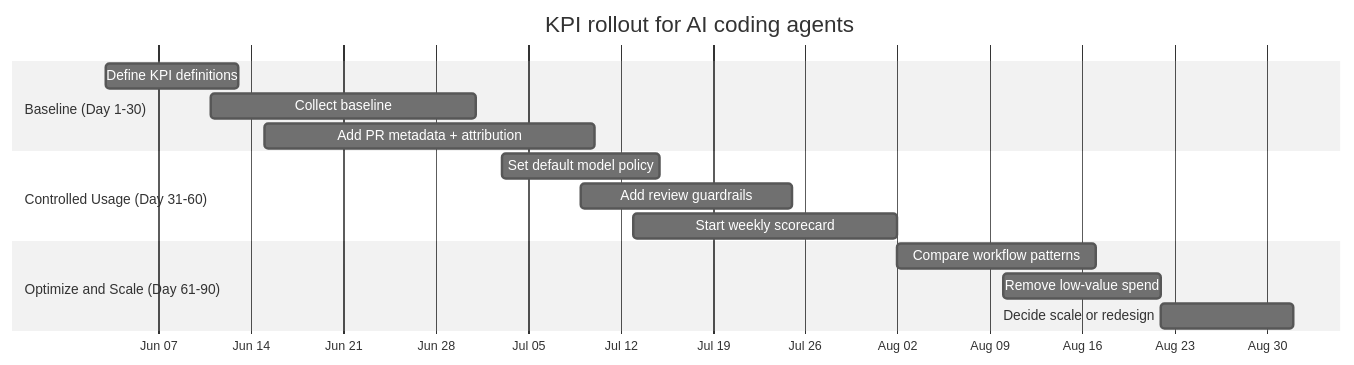
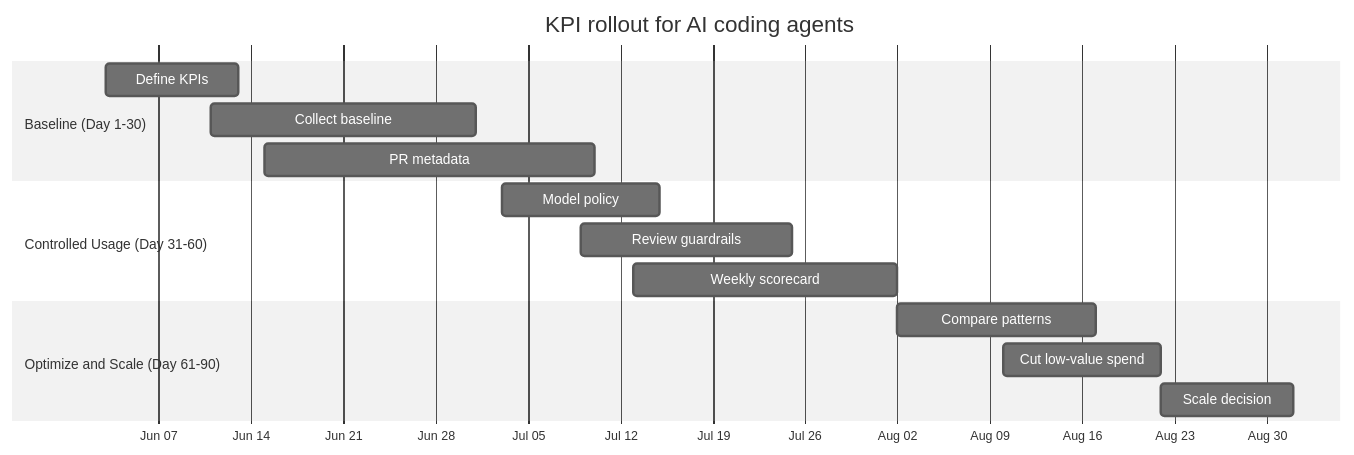
The diagram in _posts/2026-05-29-ai-coding-agents-need-kpis.md (hiddedesmet/myblog), drawn with Mermaid (neutral theme) before and after one commit.

Commit message:
refactor: streamline KPI rollout plan for AI coding agents

````diff
--- a/_posts/2026-05-29-ai-coding-agents-need-kpis.md
+++ b/_posts/2026-05-29-ai-coding-agents-need-kpis.md
@@ -156,21 +156,22 @@
 ```mermaid
+%%{init: {"gantt": {"barHeight": 26, "barGap": 6}}}%%
 gantt
     title KPI rollout for AI coding agents
     dateFormat  YYYY-MM-DD
     axisFormat  %b %d
 
     section Baseline (Day 1-30)
-    Define KPI definitions         :2026-06-03, 10d
-    Collect baseline               :2026-06-11, 20d
-    Add PR metadata + attribution  :2026-06-15, 25d
+  Define KPIs                    :2026-06-03, 10d
+  Collect baseline               :2026-06-11, 20d
+  PR metadata                    :2026-06-15, 25d
 
     section Controlled Usage (Day 31-60)
-    Set default model policy       :2026-07-03, 12d
-    Add review guardrails          :2026-07-09, 16d
-    Start weekly scorecard         :2026-07-13, 20d
+  Model policy                   :2026-07-03, 12d
+  Review guardrails              :2026-07-09, 16d
+  Weekly scorecard               :2026-07-13, 20d
 
     section Optimize and Scale (Day 61-90)
-    Compare workflow patterns      :2026-08-02, 15d
-    Remove low-value spend         :2026-08-10, 12d
-    Decide scale or redesign       :2026-08-22, 10d
+  Compare patterns               :2026-08-02, 15d
+  Cut low-value spend            :2026-08-10, 12d
+  Scale decision                 :2026-08-22, 10d
 ```
````
